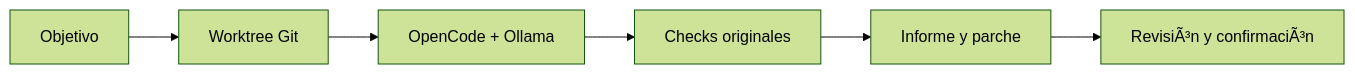
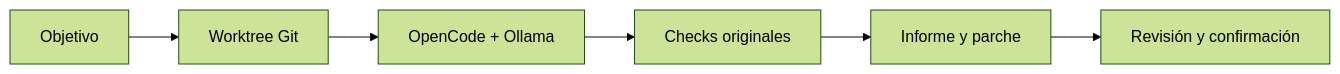
Before and after one commit to nachoweb3/kali-agente: the diagram in README.md, drawn with Mermaid (forest theme). The commit also changed other lines of this file, not shown here.

````diff
--- a/README.md
+++ b/README.md
@@ -140,8 +140,8 @@
 ```mermaid
 flowchart LR
     A[Objetivo] --> B[Worktree Git]
     B --> C[OpenCode + Ollama]
     C --> D[Checks originales]
     D --> E[Informe y parche]
-    E --> F[RevisiÃ³n y confirmaciÃ³n]
+    E --> F[Revisión y confirmación]
 ```
````
